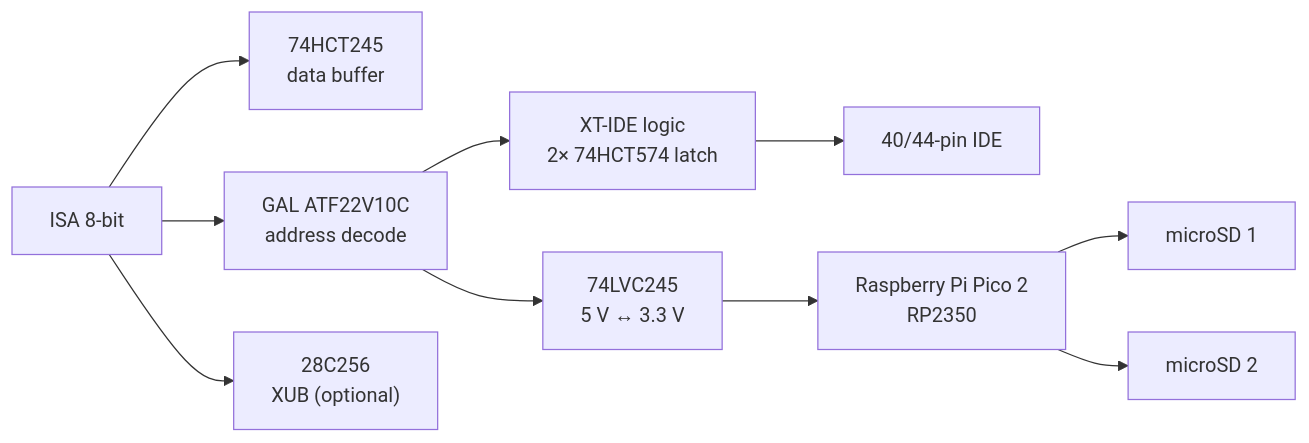
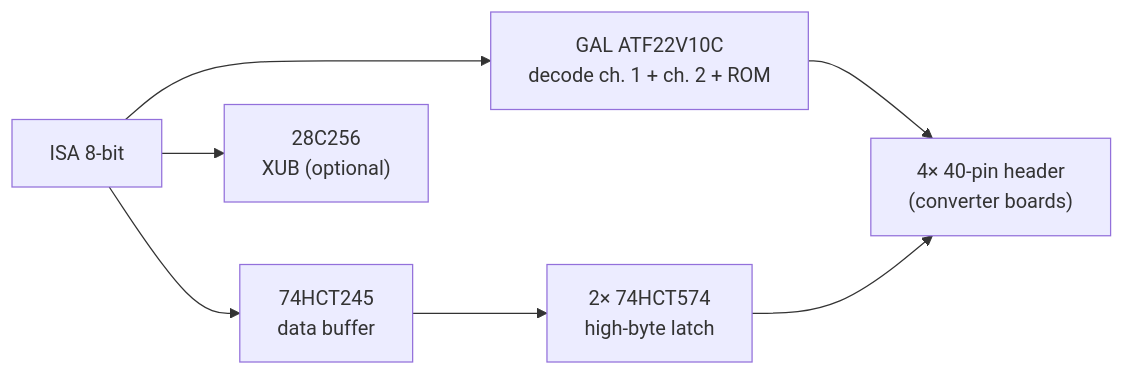
The second of 2 diagrams in docs/concept.md (sfambach/8-Bit-ISA-SSD-Controller), drawn with Mermaid before and after one commit. The commit also changed other lines of this file and 2 other files, not shown here.

First line of the commit message:
Concept 0.2: SATA SSD ports instead of microSD emulation

````diff
--- a/docs/concept.md
+++ b/docs/concept.md
@@ -57,9 +77,9 @@
 ```mermaid
 flowchart LR
   ISA[ISA 8-bit] --> BUF[74HCT245<br/>data buffer]
-  ISA --> GAL["GAL ATF22V10C<br/>address decode"]
-  GAL --> IDE["XT-IDE logic<br/>2× 74HCT574 latch"] --> P40["40/44-pin IDE"]
-  GAL --> LVC["74LVC245<br/>5 V ↔ 3.3 V"] --> MCU["Raspberry Pi Pico 2<br/>RP2350"]
-  MCU --> SDA[microSD 1] & SDB[microSD 2]
+  ISA --> GAL["GAL ATF22V10C<br/>decode ch. 1 + ch. 2 + ROM"]
+  BUF --> LAT["2× 74HCT574<br/>high-byte latch"]
+  GAL --> H["4× 40-pin header<br/>(converter boards)"]
+  LAT --> H
   ISA --> ROM["28C256<br/>XUB (optional)"]
 ```
````
